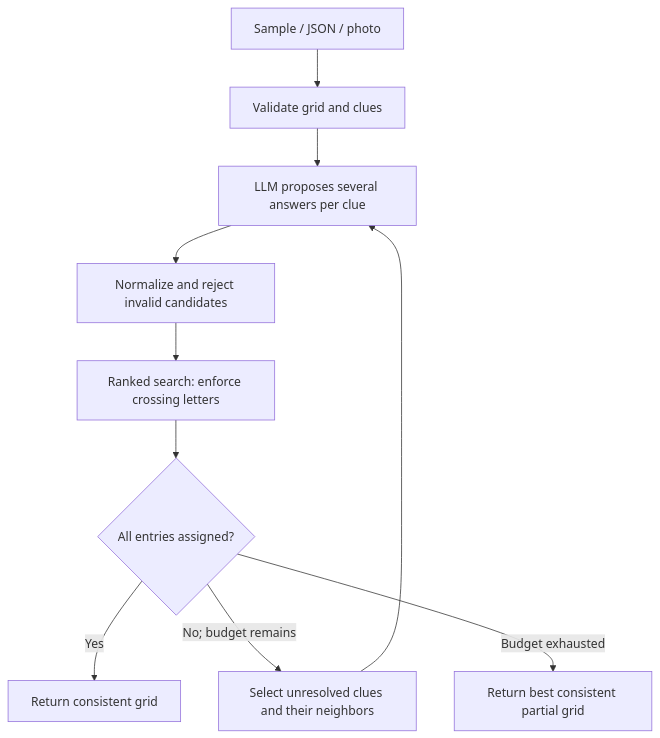
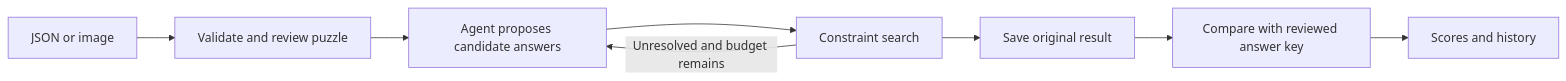
The diagram in README.md (sameersin/crosscheck-crossword-agent), drawn with Mermaid before and after one commit. The commit also changed other lines of this file and 118 other files, not shown here.

Commit message:
Organize Crosscheck agent, reviewed-key evaluation, and setup docs

````diff
--- a/README.md
+++ b/README.md
@@ -73,12 +67,10 @@
 ```mermaid
-flowchart TD
-    A[Sample / JSON / photo] --> B[Validate grid and clues]
-    B --> C[LLM proposes several answers per clue]
-    C --> D[Normalize and reject invalid candidates]
-    D --> E[Ranked search: enforce crossing letters]
-    E --> F{All entries assigned?}
-    F -->|Yes| G[Return consistent grid]
-    F -->|No; budget remains| H[Select unresolved clues and their neighbors]
-    H --> C
-    F -->|Budget exhausted| I[Return best consistent partial grid]
+flowchart LR
+    I[JSON or image] --> V[Validate and review puzzle]
+    V --> A[Agent proposes candidate answers]
+    A --> S[Constraint search]
+    S -->|Unresolved and budget remains| A
+    S --> R[Save original result]
+    R --> E[Compare with reviewed answer key]
+    E --> M[Scores and history]
 ```
````
